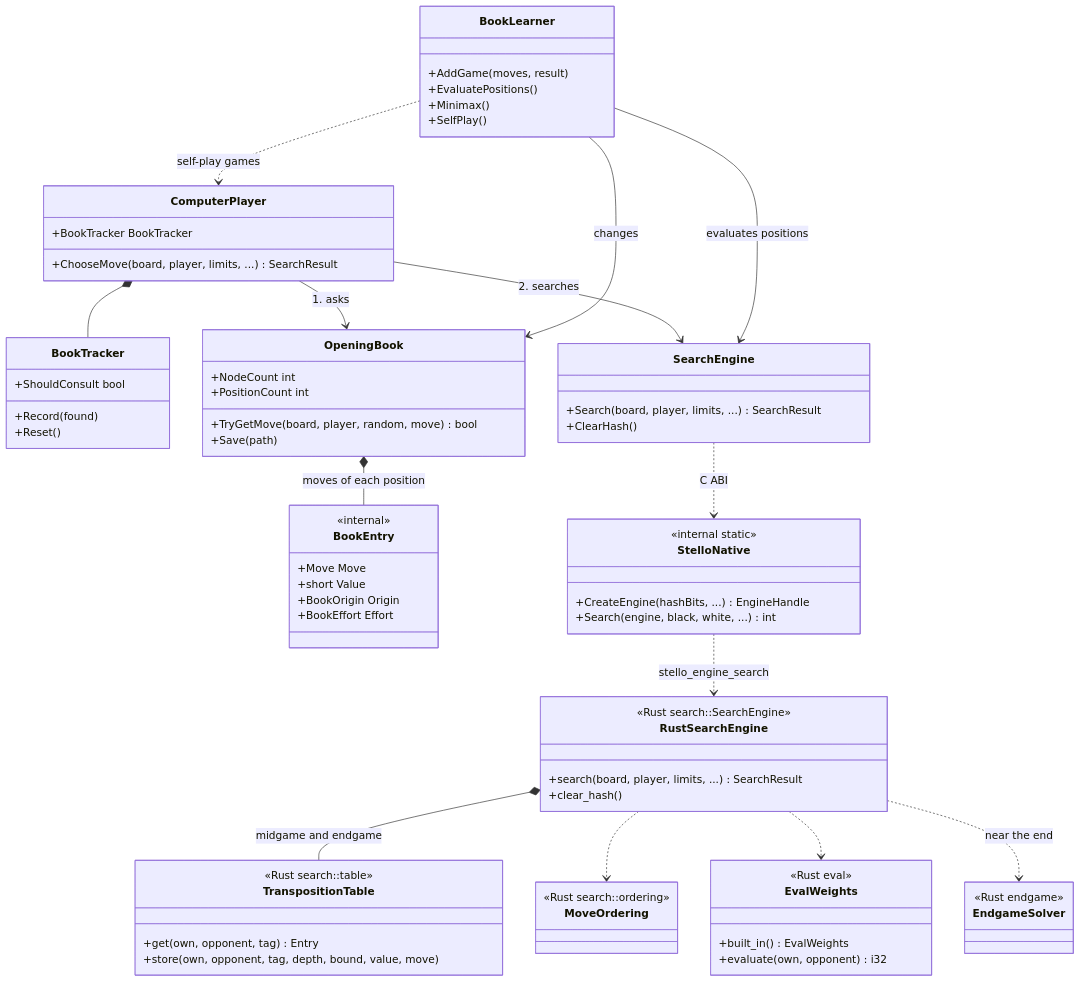
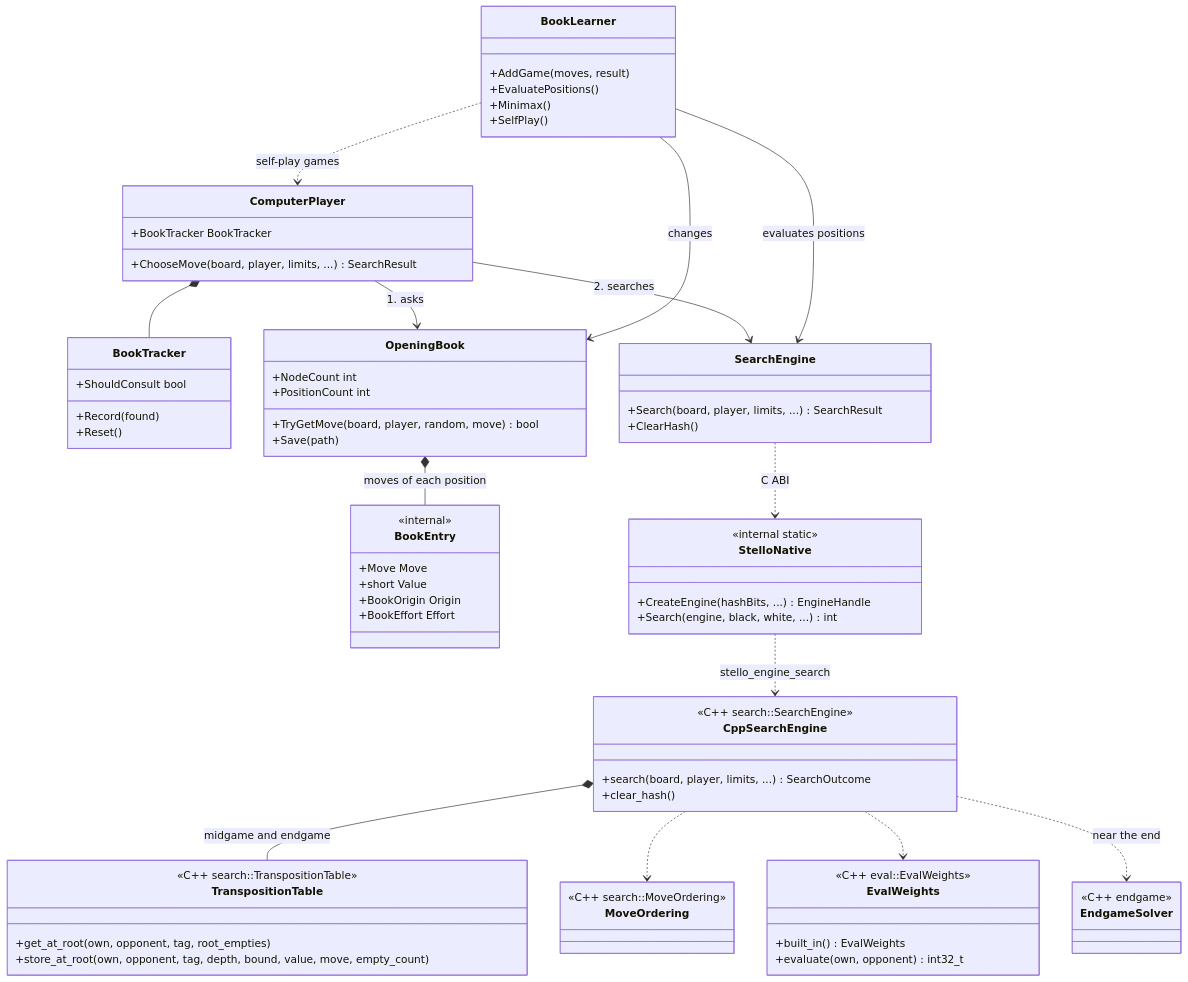
The third of 4 diagrams in docs/01-overview.md (cjp-dev/Stello), drawn with Mermaid before and after one commit. The commit also changed other lines of this file and 64 other files, not shown here.

````diff
--- a/docs/01-overview.md
+++ b/docs/01-overview.md
@@ -165,74 +167,74 @@
 ```mermaid
 classDiagram
     class ComputerPlayer {
         +BookTracker BookTracker
         +ChooseMove(board, player, limits, ...) SearchResult
     }
     class BookTracker {
         +ShouldConsult bool
         +Record(found)
         +Reset()
     }
     class OpeningBook {
         +NodeCount int
         +PositionCount int
         +TryGetMove(board, player, random, move) bool
         +Save(path)
     }
     class BookEntry {
         <<internal>>
         +Move Move
         +short Value
         +BookOrigin Origin
         +BookEffort Effort
     }
     class SearchEngine {
         +Search(board, player, limits, ...) SearchResult
         +ClearHash()
     }
     class StelloNative {
         <<internal static>>
         +CreateEngine(hashBits, ...) EngineHandle
         +Search(engine, black, white, ...) int
     }
-    class RustSearchEngine {
-        <<Rust search::SearchEngine>>
-        +search(board, player, limits, ...) SearchResult
+    class CppSearchEngine {
+        <<C++ search::SearchEngine>>
+        +search(board, player, limits, ...) SearchOutcome
         +clear_hash()
     }
     class TranspositionTable {
-        <<Rust search::table>>
-        +get(own, opponent, tag) Entry
-        +store(own, opponent, tag, depth, bound, value, move)
+        <<C++ search::TranspositionTable>>
+        +get_at_root(own, opponent, tag, root_empties)
+        +store_at_root(own, opponent, tag, depth, bound, value, move, empty_count)
     }
     class MoveOrdering {
-        <<Rust search::ordering>>
+        <<C++ search::MoveOrdering>>
     }
     class EvalWeights {
-        <<Rust eval>>
+        <<C++ eval::EvalWeights>>
         +built_in() EvalWeights
-        +evaluate(own, opponent) i32
+        +evaluate(own, opponent) int32_t
     }
     class EndgameSolver {
-        <<Rust endgame>>
+        <<C++ endgame>>
     }
     class BookLearner {
         +AddGame(moves, result)
         +EvaluatePositions()
         +Minimax()
         +SelfPlay()
     }
     ComputerPlayer *-- BookTracker
     ComputerPlayer --> OpeningBook : 1. asks
     ComputerPlayer --> SearchEngine : 2. searches
     OpeningBook *-- BookEntry : moves of each position
     SearchEngine ..> StelloNative : C ABI
-    StelloNative ..> RustSearchEngine : stello_engine_search
-    RustSearchEngine *-- TranspositionTable : midgame and endgame
-    RustSearchEngine ..> MoveOrdering
-    RustSearchEngine ..> EvalWeights
-    RustSearchEngine ..> EndgameSolver : near the end
+    StelloNative ..> CppSearchEngine : stello_engine_search
+    CppSearchEngine *-- TranspositionTable : midgame and endgame
+    CppSearchEngine ..> MoveOrdering
+    CppSearchEngine ..> EvalWeights
+    CppSearchEngine ..> EndgameSolver : near the end
     BookLearner --> OpeningBook : changes
     BookLearner --> SearchEngine : evaluates positions
     BookLearner ..> ComputerPlayer : self-play games
 ```
````
